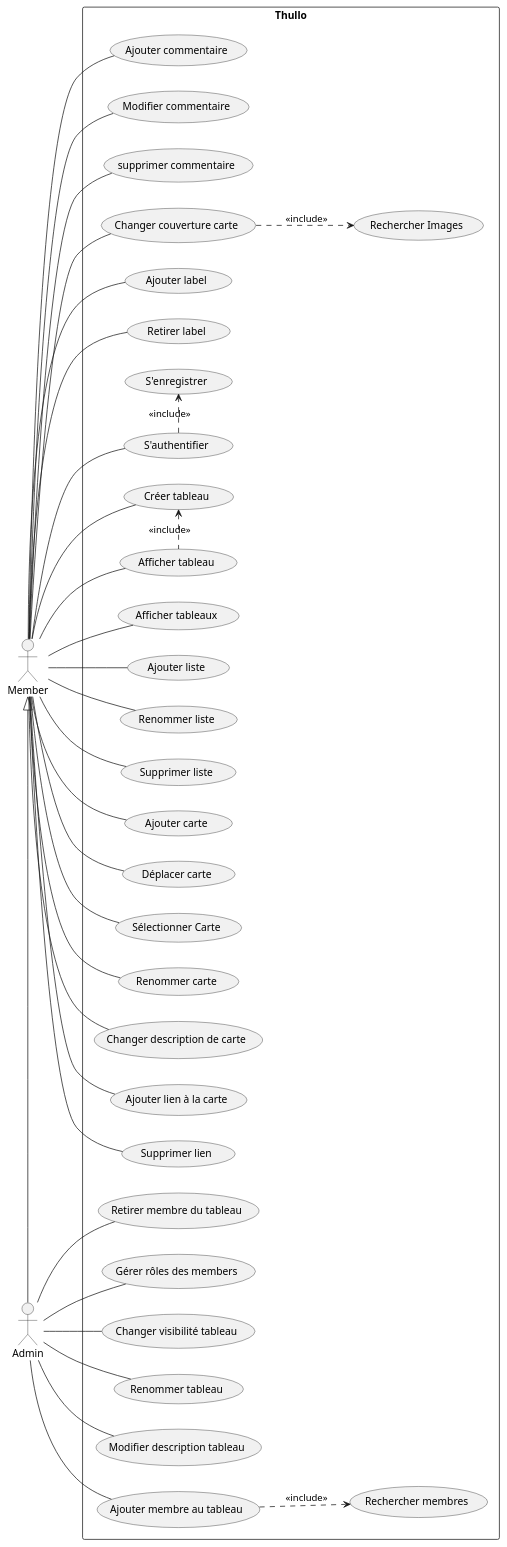
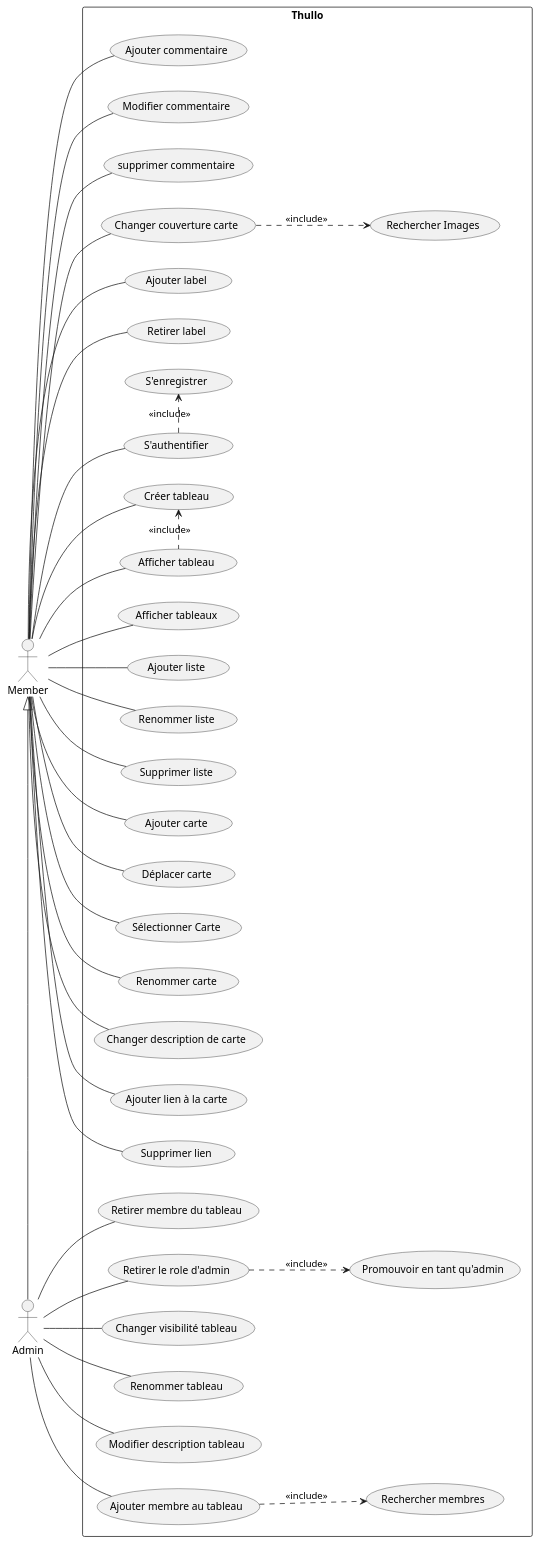
Before and after one commit to Fredkiss3/thullo: the diagram in packages/domain/uml/usecases.puml, drawn with PlantUML. The commit also changed 26 other files, not shown here.

```diff
--- a/packages/domain/uml/usecases.puml
+++ b/packages/domain/uml/usecases.puml
@@ -1,78 +1,80 @@
 @startuml
 'https://plantuml.com/use-case-diagram
 :Member: as member
 :Admin: as admin
 
 left to right direction
 
 rectangle Thullo {
     (S'enregistrer) as (register)
     (S'authentifier) as (auth)
 
     (Afficher tableaux) as (seeAllBoards)
     (Créer tableau) as (addBoard)
     (Afficher tableau) as (seeBoard)
     (Changer visibilité tableau) as (setBoardVisibility)
     (Renommer tableau) as (renameBoard)
     (Modifier description tableau) as (updateBoardDescription)
 
     (Rechercher membres) as (searchMembers)
     (Ajouter membre au tableau) as (inviteMemberToBoard)
     (Retirer membre du tableau) as (removeMemberFromBoard)
-    (Gérer rôles des members) as (ManageMemberRoles)
+    (Promouvoir en tant qu'admin) as (GrantAdminRole)
+    (Retirer le role d'admin) as (RemoveAdminRole)
     
     (Ajouter liste) as (addList)
     (Renommer liste) as (renameList)
     (Supprimer liste) as (deleteList)
 
     (Ajouter carte) as (addCard)
     (Déplacer carte) as (moveCard)
     (Sélectionner Carte) as (seeCardDetails)
     (Renommer carte) as (renameCard)
     (Changer description de carte) as (updateCardDescription)
     (Ajouter lien à la carte) as (addAttachement)
     (Supprimer lien) as (deleteAttachement)
     (Ajouter commentaire) as (addComment)
     (Modifier commentaire) as (updateComment)
     (supprimer commentaire) as (deleteComment)
     (Changer couverture carte) as (updateCardCover)
     (Rechercher Images) as (searchImages)
     (Ajouter label) as (addLabelToCard)
     (Retirer label) as (removeLabelFromCard)
 
     (register) <.left. (auth) : << include >>
     (seeBoard) .left.> (addBoard): << include >>
     (inviteMemberToBoard) ..> (searchMembers) : << include >>
 
     member -- (auth)
     member -- (seeAllBoards)
     member -- (seeBoard)
     member -- (addBoard)
     member -- (addList)
     member -- (renameList)
     member -- (deleteList)
     member -- (addCard)
     member -- (moveCard)
     member -- (renameCard)
     member -- (seeCardDetails)
     member -- (addComment)
     member -- (updateComment)
     member -- (deleteComment)
     member -- (addLabelToCard)
     member -- (removeLabelFromCard)
     member -- (updateCardDescription)
     member -- (updateCardCover)
     (updateCardCover) ..> (searchImages) : << include >>
     member -- (addAttachement)
     member -- (deleteAttachement)
 
     admin -- (removeMemberFromBoard)
-    admin -- (ManageMemberRoles)
+    admin -- (RemoveAdminRole)
+    (RemoveAdminRole) ..> (GrantAdminRole): << include >>
     admin -- (renameBoard)
     admin -- (updateBoardDescription)
     admin -- (inviteMemberToBoard)
     admin -- (setBoardVisibility)
 
     member <|-right- admin
  }
 @enduml
```
